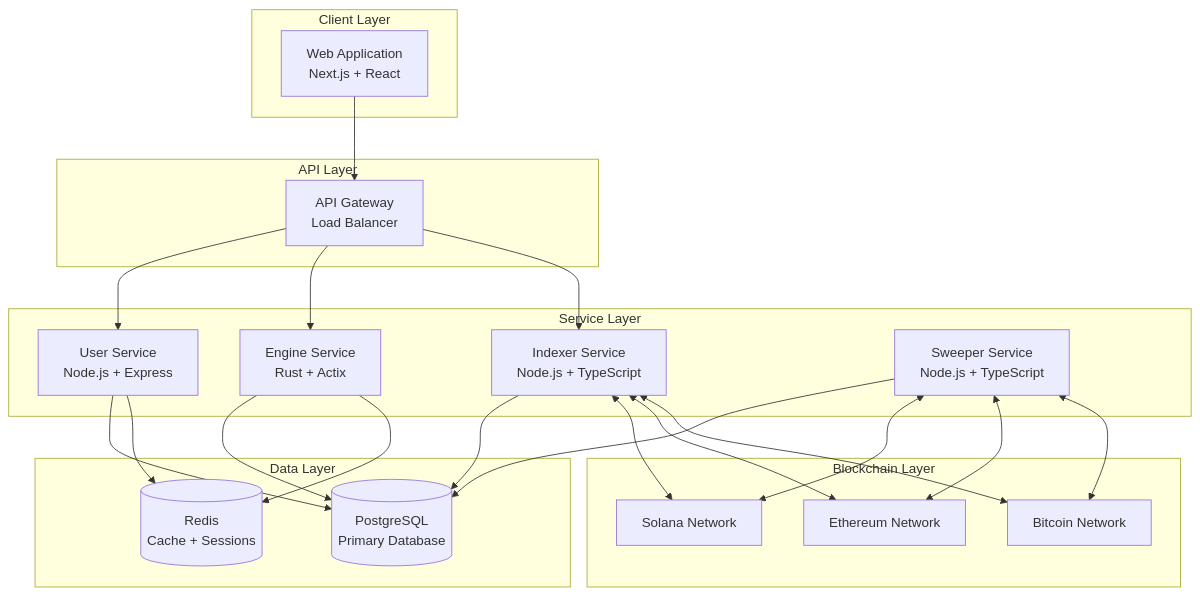
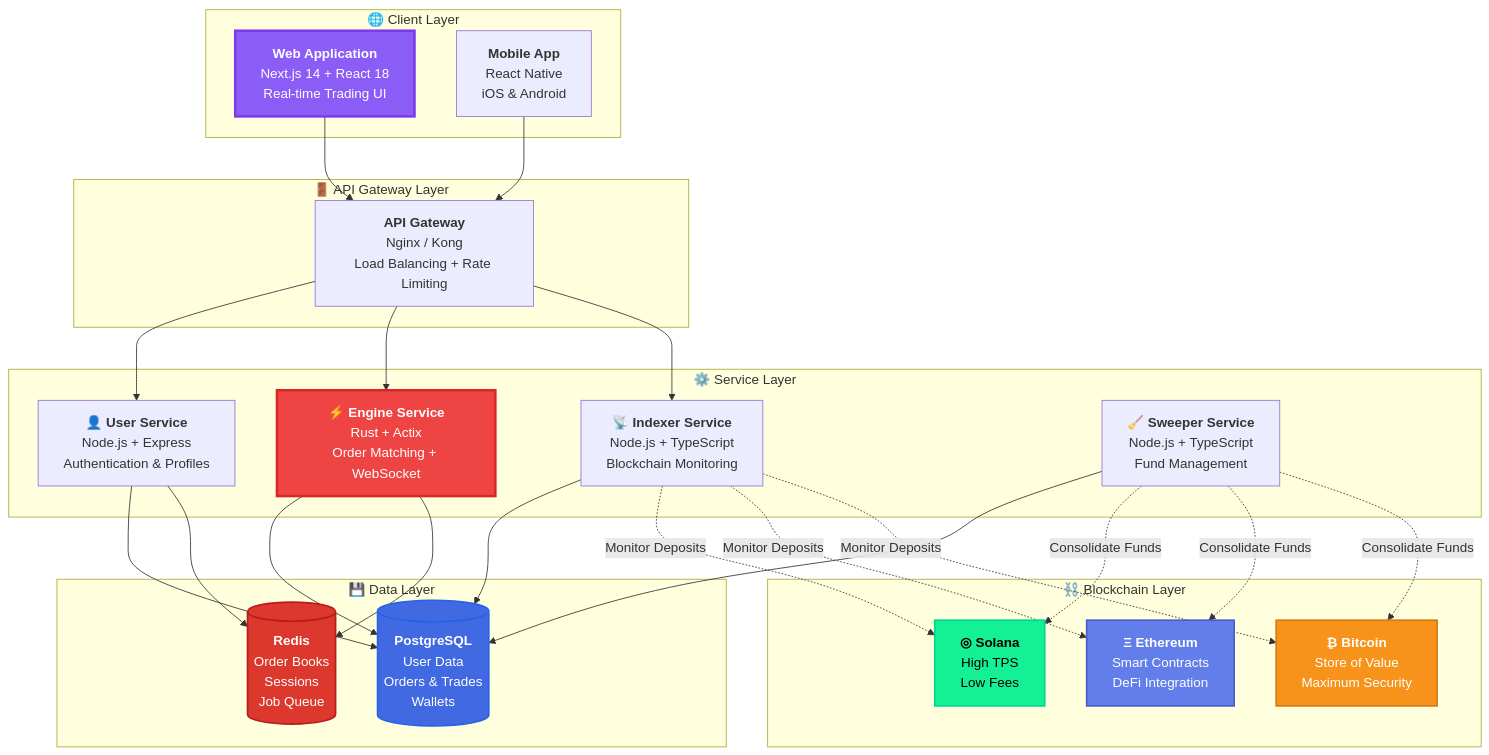
The first of 5 diagrams in README.md (iaadi4/CSE), drawn with Mermaid before and after one commit. The commit also changed other lines of this file and 5 other files, not shown here.

````diff
--- a/README.md
+++ b/README.md
@@ -77,48 +95,58 @@
 ```mermaid
 graph TB
-    subgraph "Client Layer"
-        WebApp[Web Application<br/>Next.js + React]
+    subgraph "🌐 Client Layer"
+        WebApp["<b>Web Application</b><br/>Next.js 14 + React 18<br/>Real-time Trading UI"]
+        Mobile["<b>Mobile App</b><br/>React Native<br/>iOS & Android"]
     end
     
-    subgraph "API Layer"
-        Gateway[API Gateway<br/>Load Balancer]
+    subgraph "🚪 API Gateway Layer"
+        Gateway["<b>API Gateway</b><br/>Nginx / Kong<br/>Load Balancing + Rate Limiting"]
     end
     
-    subgraph "Service Layer"
-        UserSvc[User Service<br/>Node.js + Express]
-        EngineSvc[Engine Service<br/>Rust + Actix]
-        IndexerSvc[Indexer Service<br/>Node.js + TypeScript]
-        SweeperSvc[Sweeper Service<br/>Node.js + TypeScript]
+    subgraph "⚙️ Service Layer"
+        UserSvc["<b>👤 User Service</b><br/>Node.js + Express<br/>Authentication & Profiles"]
+        EngineSvc["<b>⚡ Engine Service</b><br/>Rust + Actix<br/>Order Matching + WebSocket"]
+        IndexerSvc["<b>📡 Indexer Service</b><br/>Node.js + TypeScript<br/>Blockchain Monitoring"]
+        SweeperSvc["<b>🧹 Sweeper Service</b><br/>Node.js + TypeScript<br/>Fund Management"]
     end
     
-    subgraph "Data Layer"
-        PostgreSQL[(PostgreSQL<br/>Primary Database)]
-        Redis[(Redis<br/>Cache + Sessions)]
+    subgraph "💾 Data Layer"
+        PostgreSQL[("<b>PostgreSQL</b><br/>User Data<br/>Orders & Trades<br/>Wallets")]
+        Redis[("<b>Redis</b><br/>Order Books<br/>Sessions<br/>Job Queue")]
     end
     
-    subgraph "Blockchain Layer"
-        Solana[Solana Network]
-        Ethereum[Ethereum Network]
-        Bitcoin[Bitcoin Network]
+    subgraph "⛓️ Blockchain Layer"
+        Solana["<b>◎ Solana</b><br/>High TPS<br/>Low Fees"]
+        Ethereum["<b>Ξ Ethereum</b><br/>Smart Contracts<br/>DeFi Integration"]
+        Bitcoin["<b>₿ Bitcoin</b><br/>Store of Value<br/>Maximum Security"]
     end
     
     WebApp --> Gateway
+    Mobile --> Gateway
     Gateway --> UserSvc
     Gateway --> EngineSvc
     Gateway --> IndexerSvc
     
     UserSvc --> PostgreSQL
     UserSvc --> Redis
     EngineSvc --> PostgreSQL
     EngineSvc --> Redis
     IndexerSvc --> PostgreSQL
     SweeperSvc --> PostgreSQL
     
-    IndexerSvc <--> Solana
-    IndexerSvc <--> Ethereum
-    IndexerSvc <--> Bitcoin
+    IndexerSvc -.->|Monitor Deposits| Solana
+    IndexerSvc -.->|Monitor Deposits| Ethereum
+    IndexerSvc -.->|Monitor Deposits| Bitcoin
     
-    SweeperSvc <--> Solana
-    SweeperSvc <--> Ethereum
-    SweeperSvc <--> Bitcoin
+    SweeperSvc -.->|Consolidate Funds| Solana
+    SweeperSvc -.->|Consolidate Funds| Ethereum
+    SweeperSvc -.->|Consolidate Funds| Bitcoin
+    
+    style WebApp fill:#8b5cf6,stroke:#7c3aed,stroke-width:3px,color:#fff
+    style EngineSvc fill:#ef4444,stroke:#dc2626,stroke-width:3px,color:#fff
+    style PostgreSQL fill:#4169E1,stroke:#2563eb,stroke-width:2px,color:#fff
+    style Redis fill:#DC382D,stroke:#b91c1c,stroke-width:2px,color:#fff
+    style Solana fill:#14F195,stroke:#00D68F,stroke-width:2px,color:#000
+    style Ethereum fill:#627EEA,stroke:#4a5dcc,stroke-width:2px,color:#fff
+    style Bitcoin fill:#F7931A,stroke:#d47b15,stroke-width:2px,color:#fff
 ```
````
